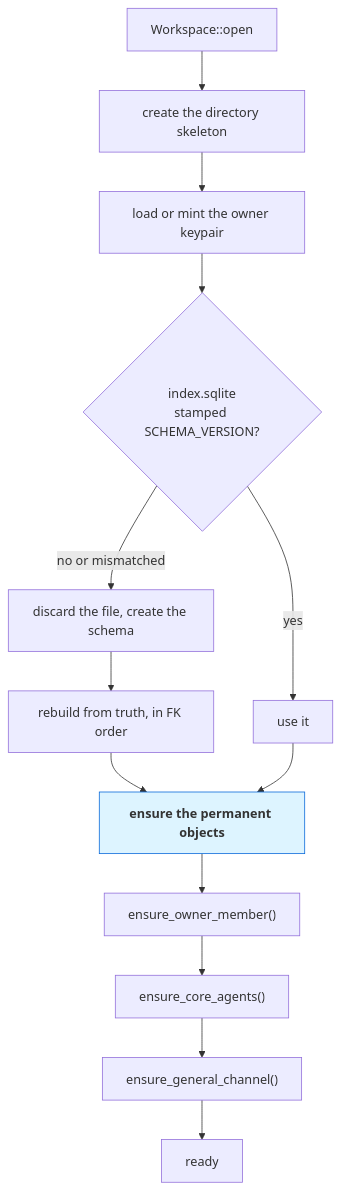
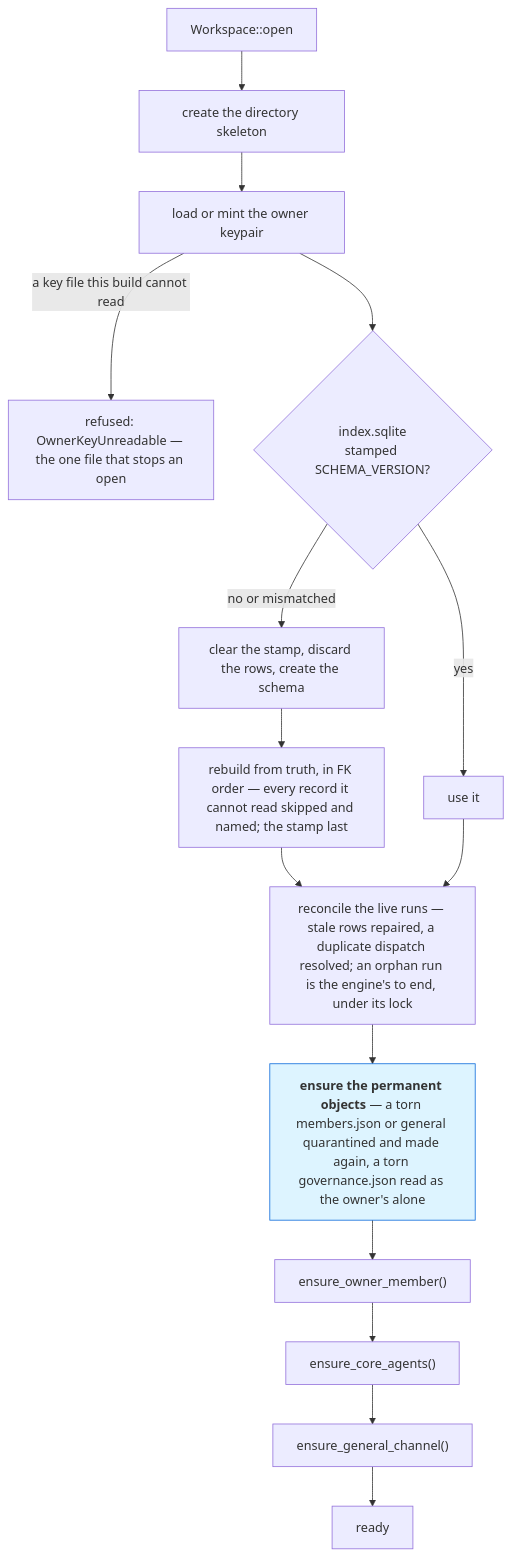
The diagram in docs/architecture/08-persistence.md (mourad-ghafiri/Bisa), drawn with Mermaid before and after one commit. The commit also changed other lines of this file and 131 other files, not shown here.

Commit message:
A crashed run never takes the platform down — the desktop stays a door, the node dies with it, and one bad file never stops a boot

````diff
--- a/docs/architecture/08-persistence.md
+++ b/docs/architecture/08-persistence.md
@@ -790,17 +839,19 @@
 ```mermaid
 graph TB
     open["Workspace::open"] --> dirs["create the directory skeleton"]
     dirs --> keys["load or mint the owner keypair"]
+    keys -->|"a key file this build cannot read"| stop["refused: OwnerKeyUnreadable — the one file that stops an open"]
     keys --> idx{"index.sqlite<br/>stamped SCHEMA_VERSION?"}
-    idx -->|"no or mismatched"| fresh["discard the file, create the schema"]
+    idx -->|"no or mismatched"| fresh["clear the stamp, discard the rows, create the schema"]
     idx -->|"yes"| ok["use it"]
-    fresh --> rebuild["rebuild from truth, in FK order"]
-    rebuild --> ensure
-    ok --> ensure
-    ensure["<b>ensure the permanent objects</b>"] --> a["ensure_owner_member()"]
+    fresh --> rebuild["rebuild from truth, in FK order — every record it cannot read skipped and named; the stamp last"]
+    rebuild --> reconcile
+    ok --> reconcile
+    reconcile["reconcile the live runs — stale rows repaired, a duplicate dispatch resolved; an orphan run is the engine's to end, under its lock"] --> ensure
+    ensure["<b>ensure the permanent objects</b> — a torn members.json or general quarantined and made again, a torn governance.json read as the owner's alone"] --> a["ensure_owner_member()"]
     a --> b["ensure_core_agents()"]
     b --> c["ensure_general_channel()"]
     c --> ready["ready"]
 
     style ensure fill:#ddf4ff,stroke:#0969da
 ```
````
